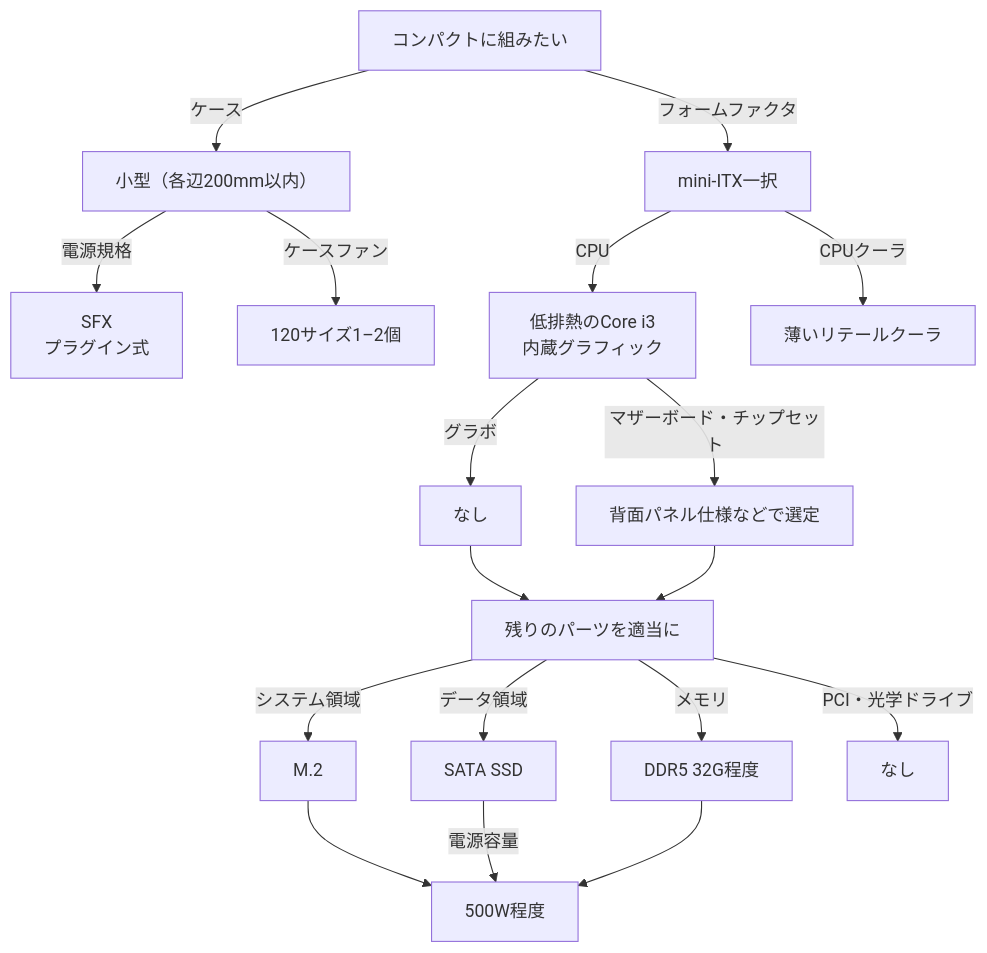
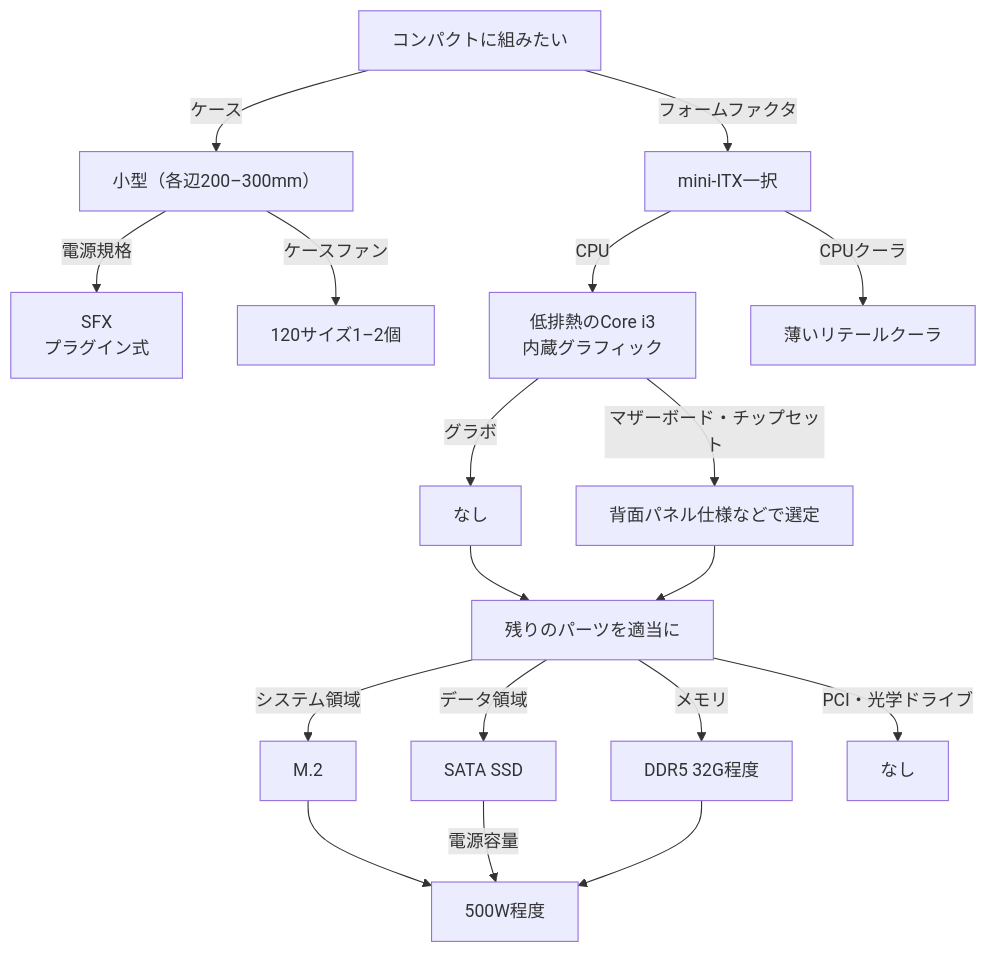
The first of 4 diagrams in docs/building_pc.md (keimochizuki/lab_tech_note), drawn with Mermaid before and after one commit. The commit also changed other lines of this file, not shown here.

````diff
--- a/docs/building_pc.md
+++ b/docs/building_pc.md
@@ -65,20 +68,20 @@
 ```mermaid
 flowchart TD;
-Start["コンパクトに組みたい"]--"ケース"-->Chassis["小型（各辺200mm以内）"];
+Start["コンパクトに組みたい"]--"ケース"-->Chassis["小型（各辺200&ndash;300mm）"];
 Chassis--"電源規格"-->Power["SFX<br>プラグイン式"];
 Chassis--"ケースファン"-->Casefan["120サイズ1&ndash;2個"];
 Start--"フォームファクタ"-->Formfactor["mini-ITX一択"];
 Formfactor--"CPU"-->CPU["低排熱のCore i3<br>内蔵グラフィック"];
 Formfactor--"CPUクーラ"-->CPUcooler["薄いリテールクーラ"];
 CPU--"グラボ"-->Graphicboard["なし"];
 CPU--"マザーボード・チップセット"-->Motherboard["背面パネル仕様などで選定"];
 Graphicboard-->Others;
 Motherboard-->Others["残りのパーツを適当に"];
 Others--"システム領域"-->System["M.2"];
 Others--"データ領域"-->Data["SATA SSD"];
 Others--"メモリ"-->Memory["DDR5 32G程度"];
 Others--"PCI・光学ドライブ"-->PCI["なし"];
 System-->TDP;
 Data--"電源容量"-->TDP["500W程度"];
 Memory-->TDP;
 ```
````
